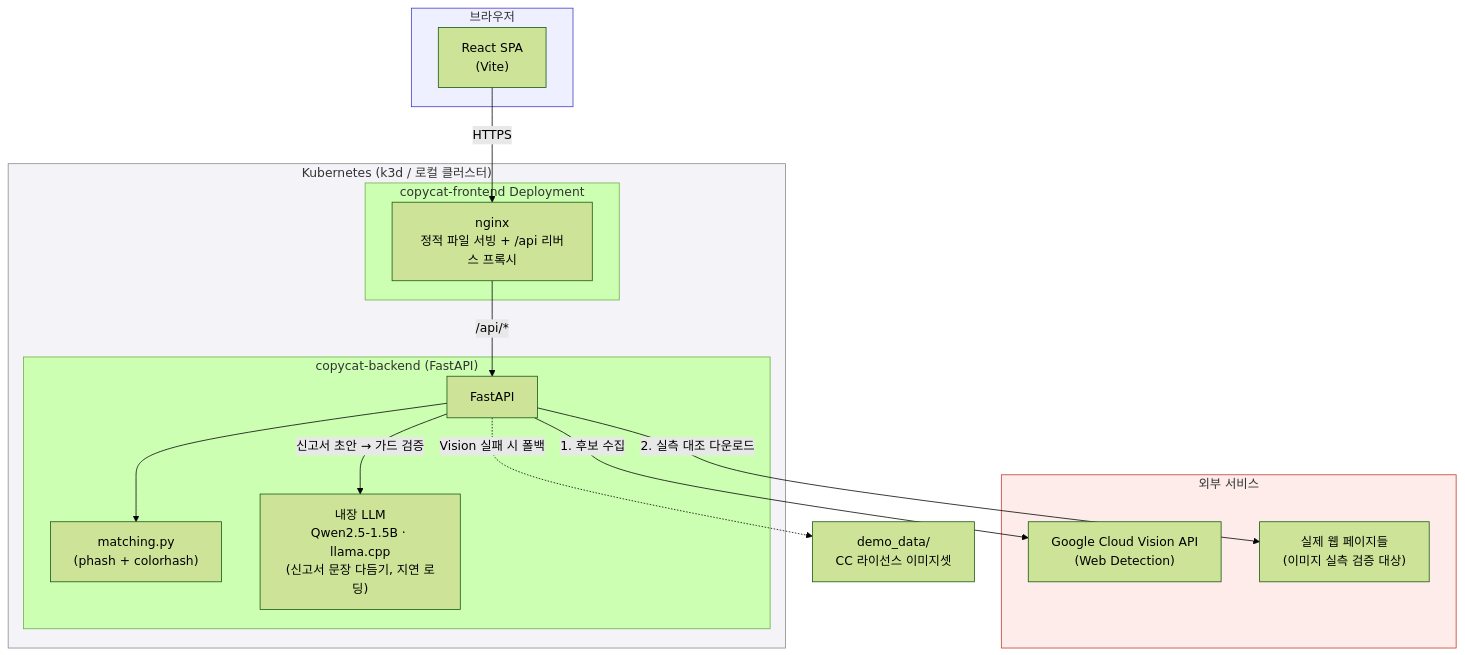
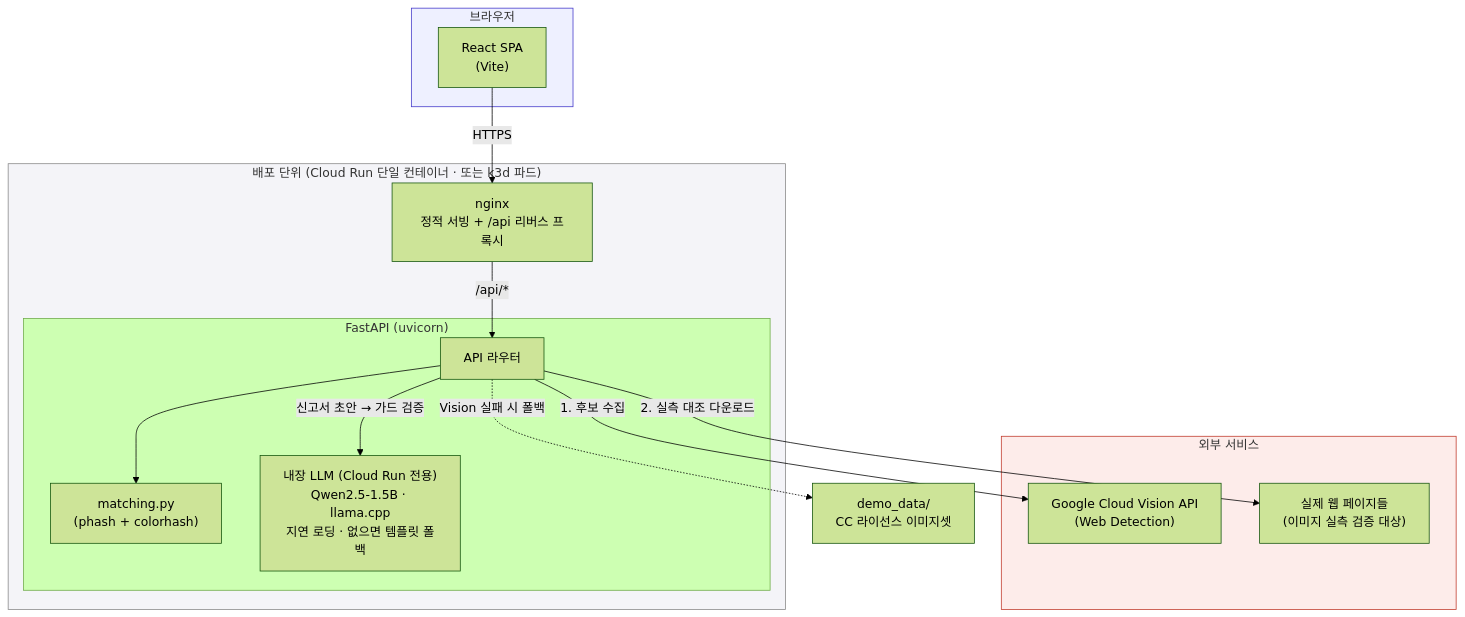
Before and after one commit to BcKmini/copycat-watch: the diagram in README.md, drawn with Mermaid (forest theme). The commit also changed other lines of this file, not shown here.

First line of the commit message:
Polish README: smaller badges, drop roadmap, clearer architecture

````diff
--- a/README.md
+++ b/README.md
@@ -115,34 +114,32 @@
 ```mermaid
 flowchart TB
     subgraph Client["브라우저"]
         UI["React SPA<br/>(Vite)"]
     end
 
-    subgraph K8s["Kubernetes (k3d / 로컬 클러스터)"]
-        subgraph FrontendPod["copycat-frontend Deployment"]
-            Nginx["nginx<br/>정적 파일 서빙 + /api 리버스 프록시"]
-        end
-        subgraph BackendPod["copycat-backend (FastAPI)"]
-            API["FastAPI"]
+    subgraph Deploy["배포 단위 (Cloud Run 단일 컨테이너 · 또는 k3d 파드)"]
+        Nginx["nginx<br/>정적 서빙 + /api 리버스 프록시"]
+        subgraph Backend["FastAPI (uvicorn)"]
+            API["API 라우터"]
             Match["matching.py<br/>(phash + colorhash)"]
-            LLM["내장 LLM<br/>Qwen2.5-1.5B · llama.cpp<br/>(신고서 문장 다듬기, 지연 로딩)"]
+            LLM["내장 LLM (Cloud Run 전용)<br/>Qwen2.5-1.5B · llama.cpp<br/>지연 로딩 · 없으면 템플릿 폴백"]
         end
     end
 
     subgraph External["외부 서비스"]
         Vision["Google Cloud Vision API<br/>(Web Detection)"]
         Web["실제 웹 페이지들<br/>(이미지 실측 검증 대상)"]
     end
 
     UI -->|"HTTPS"| Nginx
     Nginx -->|"/api/*"| API
     API -->|"1. 후보 수집"| Vision
     API -->|"2. 실측 대조 다운로드"| Web
     API --> Match
     API -->|"신고서 초안 → 가드 검증"| LLM
     API -.->|"Vision 실패 시 폴백"| DemoData["demo_data/<br/>CC 라이선스 이미지셋"]
 
     style Client fill:#eef0ff,stroke:#4338ca
-    style K8s fill:#f4f4f8,stroke:#888
+    style Deploy fill:#f4f4f8,stroke:#888
     style External fill:#fdecea,stroke:#c0392b
 ```
````
